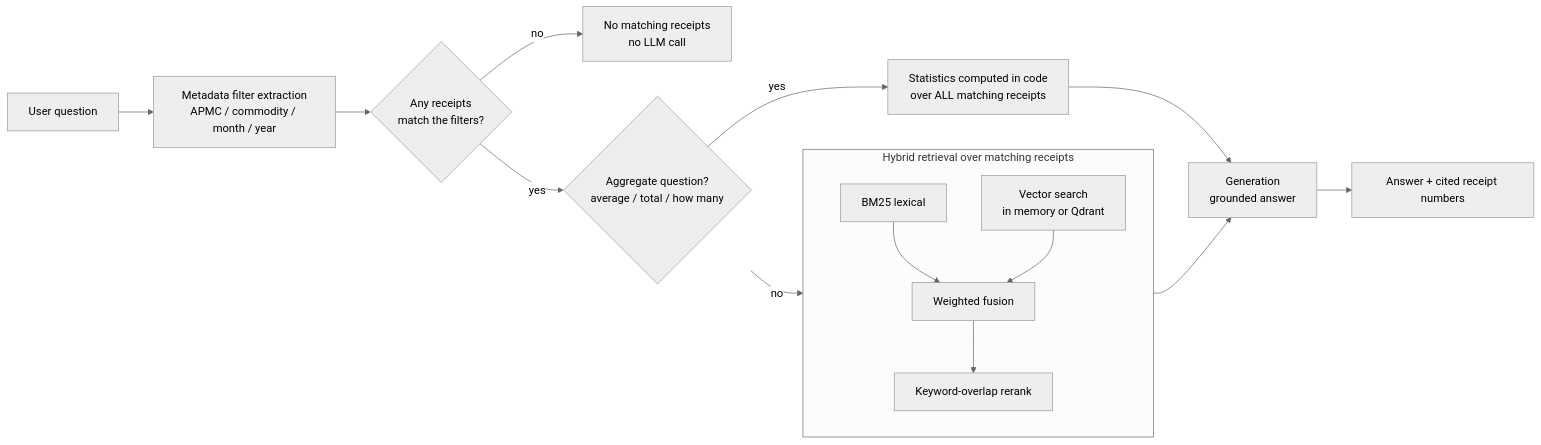
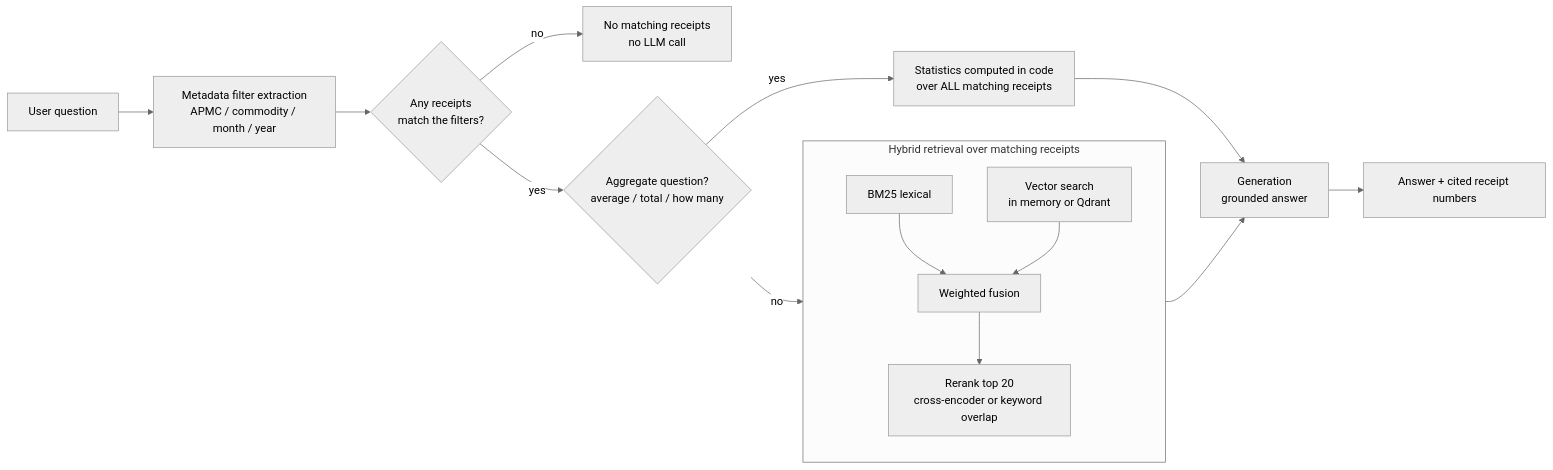
The diagram in README.md (Ruturaj2472/APMC-RAG-Assistant), drawn with Mermaid (neutral theme) before and after one commit. The commit also changed other lines of this file, not shown here.

Commit message:
Document cross-encoder reranking results in README

````diff
--- a/README.md
+++ b/README.md
@@ -86,18 +87,18 @@
 ```mermaid
 flowchart LR
     Q[User question] --> F[Metadata filter extraction<br/>APMC / commodity / month / year]
     F --> C{Any receipts<br/>match the filters?}
     C -- no --> N[No matching receipts<br/>no LLM call]
     C -- yes --> T{Aggregate question?<br/>average / total / how many}
     T -- yes --> S[Statistics computed in code<br/>over ALL matching receipts]
     T -- no --> HR
     subgraph HR[Hybrid retrieval over matching receipts]
         direction TB
         B[BM25 lexical] --> M[Weighted fusion]
         E[Vector search<br/>in memory or Qdrant] --> M
-        M --> K[Keyword-overlap rerank]
+        M --> K[Rerank top 20<br/>cross-encoder or keyword overlap]
     end
     S --> G[Generation<br/>grounded answer]
     HR --> G
     G --> A[Answer + cited receipt numbers]
 ```
````
